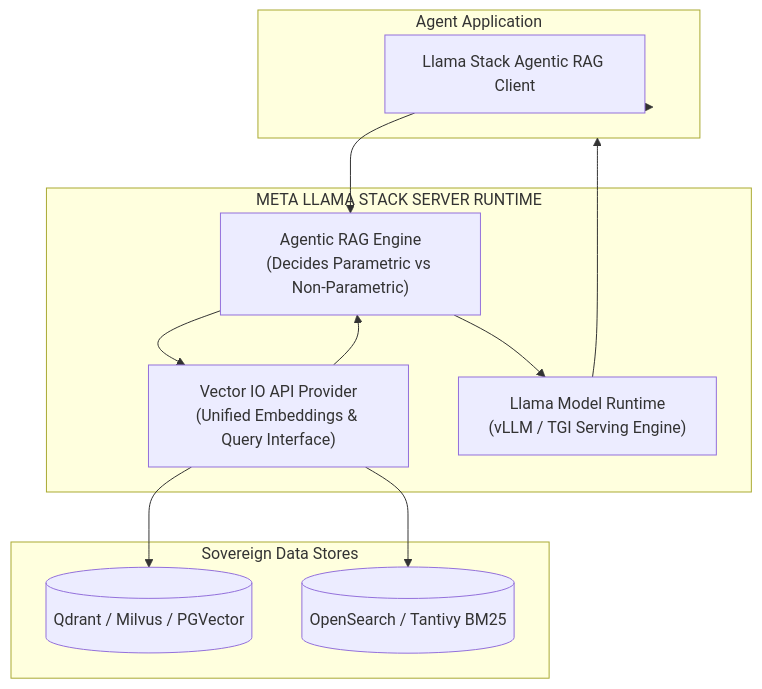
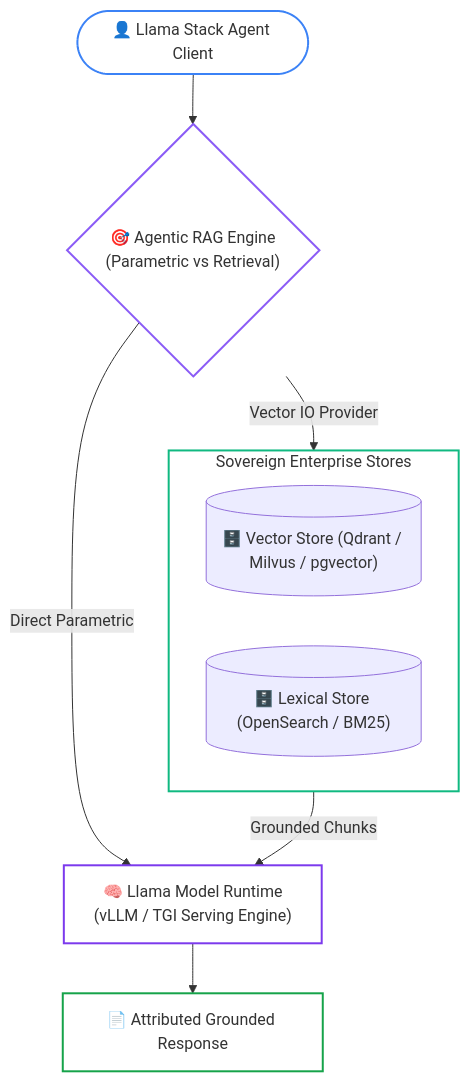
Before and after one commit to dip4k/senior-engineer-to-ai-engineer-roadmap: the third of 3 diagrams in 02-rag-and-knowledge-systems/reference/cloud-retrieval-architectures.md, drawn with Mermaid. The commit also changed other lines of this file and 39 other files, not shown here.

First line of the commit message:
feat(curriculum): upgrade mermaid diagrams with unicode icons & codify anti-bloat layout rules

````diff
--- a/02-rag-and-knowledge-systems/reference/cloud-retrieval-architectures.md
+++ b/02-rag-and-knowledge-systems/reference/cloud-retrieval-architectures.md
@@ -126,26 +128,20 @@
 ```mermaid
 flowchart TD
-    subgraph Client["Agent Application"]
-        Agent["Llama Stack Agentic RAG Client"]
+    Agent(["👤 Llama Stack Agent Client"]) --> RAGRouter{"🎯 Agentic RAG Engine<br>(Parametric vs Retrieval)"}
+    
+    subgraph StorageLayer["Sovereign Enterprise Stores"]
+        Qdrant[("🗄️ Vector Store (Qdrant / Milvus / pgvector)")]
+        Inverted[("🗄️ Lexical Store (OpenSearch / BM25)")]
     end
 
-    subgraph LlamaStackServer["META LLAMA STACK SERVER RUNTIME"]
-        VectorIO["Vector IO API Provider<br>(Unified Embeddings & Query Interface)"]
-        RAGRouter["Agentic RAG Engine<br>(Decides Parametric vs Non-Parametric)"]
-        Inference["Llama Model Runtime<br>(vLLM / TGI Serving Engine)"]
-    end
+    RAGRouter -->|"Vector IO Provider"| StorageLayer
+    StorageLayer -->|"Grounded Chunks"| Inference["🧠 Llama Model Runtime<br>(vLLM / TGI Serving Engine)"]
+    RAGRouter -->|"Direct Parametric"| Inference
+    Inference --> Response["📄 Attributed Grounded Response"]
 
-    subgraph StorageLayer["Sovereign Data Stores"]
-        Qdrant[("Qdrant / Milvus / PGVector")]
-        Inverted[("OpenSearch / Tantivy BM25")]
-    end
-
-    Client --> Agent
-    Agent --> RAGRouter
-    RAGRouter --> VectorIO
-    VectorIO --> Qdrant
-    VectorIO --> Inverted
-    VectorIO --> RAGRouter
-    RAGRouter --> Inference
-    Inference --> Client
+    style StorageLayer fill:none,stroke:#10b981,stroke-width:2px;
+    style Agent stroke:#3b82f6,stroke-width:2px,fill:none;
+    style RAGRouter stroke:#8b5cf6,stroke-width:2px,fill:none;
+    style Inference stroke:#7c3aed,stroke-width:2px,fill:none;
+    style Response stroke:#16a34a,stroke-width:2px,fill:none;
 ```
````
